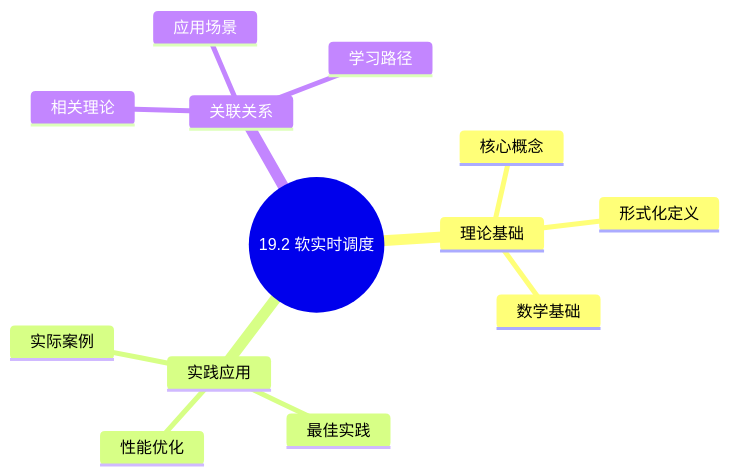
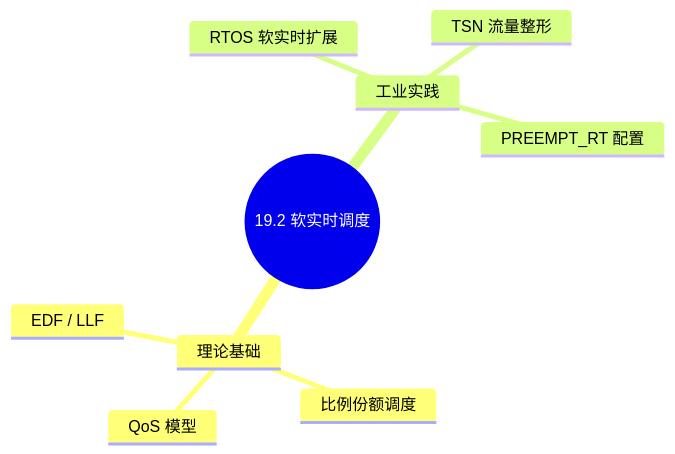
The first of 2 diagrams in Composed/schedule_formal_view/19_实时系统调度/19.2_软实时调度.md (AdaMartin18010/FormalScience), drawn with Mermaid before and after one commit. The commit also changed other lines of this file and 565 other files, not shown here.

````diff
--- a/Composed/schedule_formal_view/19_实时系统调度/19.2_软实时调度.md
+++ b/Composed/schedule_formal_view/19_实时系统调度/19.2_软实时调度.md
@@ -30,16 +8,12 @@
 ```mermaid
 mindmap
   root((19.2 软实时调度))
     理论基础
-      核心概念
-      形式化定义
-      数学基础
-    实践应用
-      实际案例
-      最佳实践
-      性能优化
-    关联关系
-      相关理论
-      应用场景
-      学习路径
+      EDF / LLF
+      比例份额调度
+      QoS 模型
+    工业实践
+      RTOS 软实时扩展
+      TSN 流量整形
+      PREEMPT_RT 配置
 ```
````
